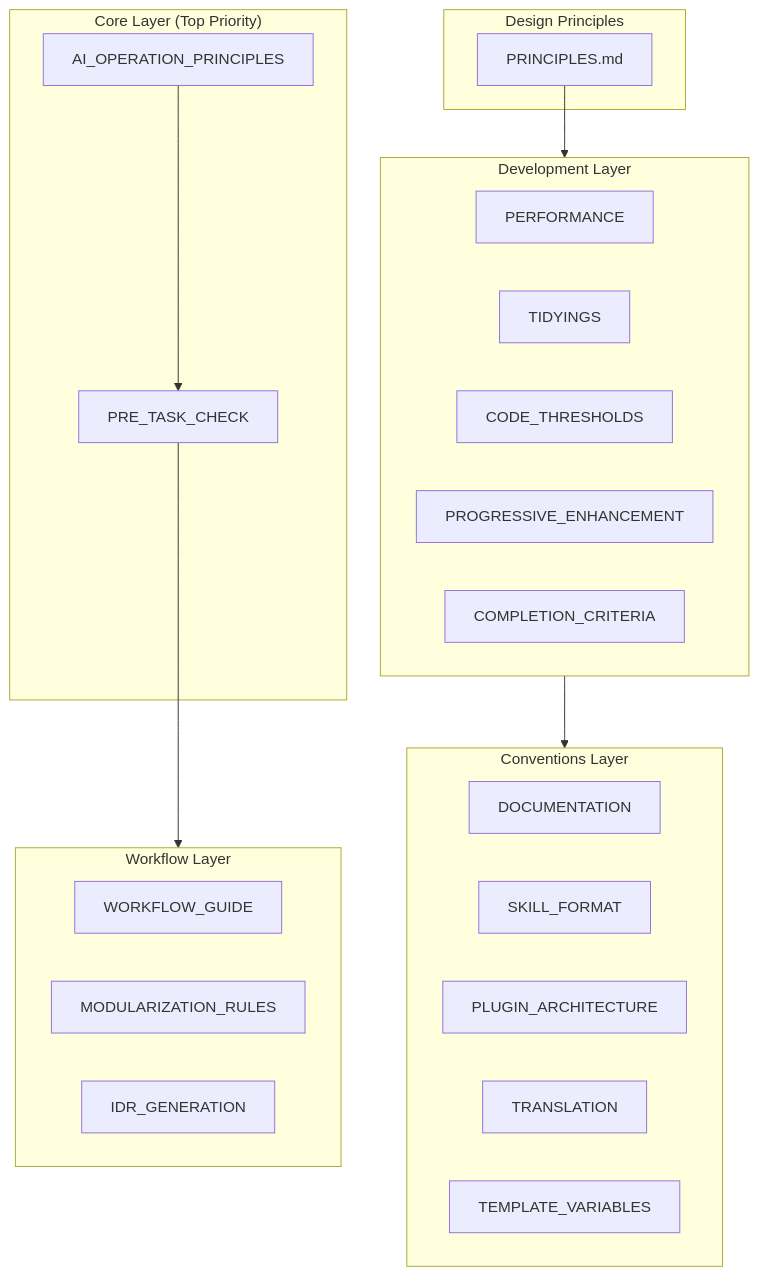
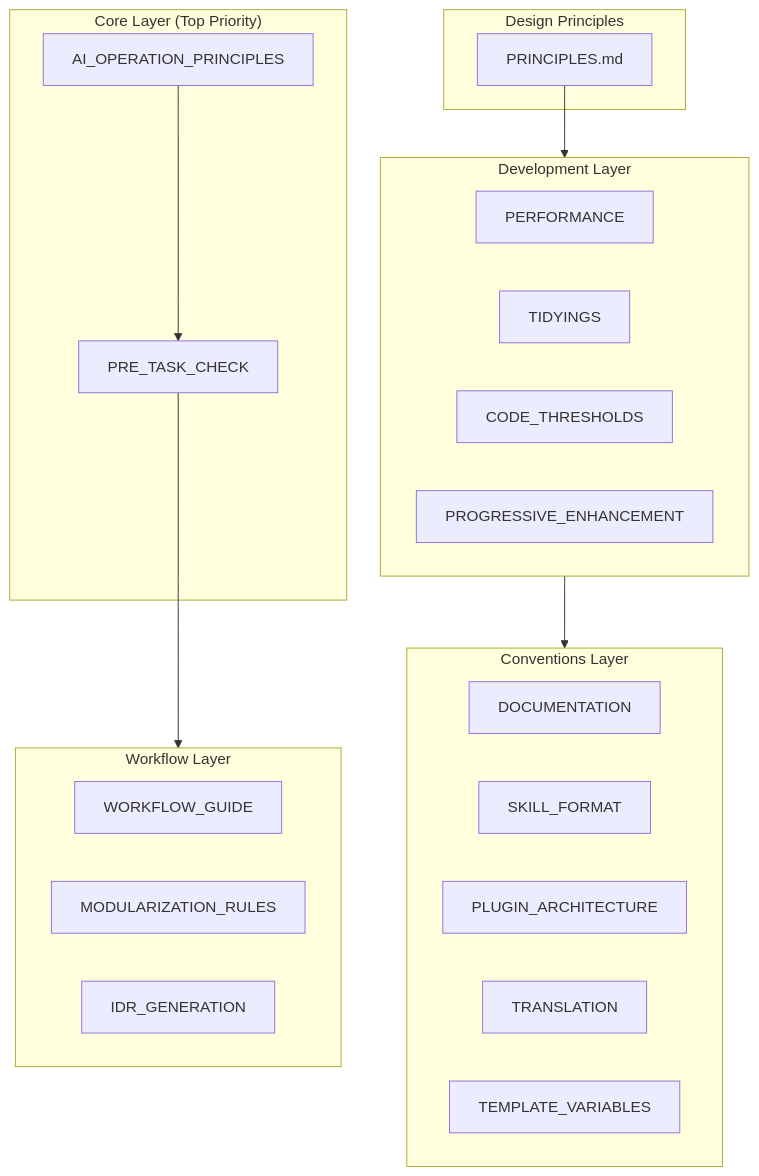
Before and after one commit to thkt/dotclaude: the first of 2 diagrams in docs/DESIGN.md, drawn with Mermaid. The commit also changed other lines of this file and 8 other files, not shown here.

First line of the commit message:
refactor(rules): merge COMPLETION_CRITERIA into CODE_THRESHOLDS and add prompting tips

````diff
--- a/docs/DESIGN.md
+++ b/docs/DESIGN.md
@@ -9,38 +9,37 @@
 ```mermaid
 graph TD
     subgraph Core["Core Layer (Top Priority)"]
         AOP[AI_OPERATION_PRINCIPLES]
         PTC[PRE_TASK_CHECK]
     end
 
     subgraph Principles["Design Principles"]
         P[PRINCIPLES.md]
     end
 
     subgraph Development["Development Layer"]
         PERF[PERFORMANCE]
         TIDY[TIDYINGS]
         CODE[CODE_THRESHOLDS]
         PROG[PROGRESSIVE_ENHANCEMENT]
-        COMP[COMPLETION_CRITERIA]
     end
 
     subgraph Conventions["Conventions Layer"]
         DOC[DOCUMENTATION]
         SKILL[SKILL_FORMAT]
         PLUG[PLUGIN_ARCHITECTURE]
         TRANS[TRANSLATION]
         TEMP[TEMPLATE_VARIABLES]
     end
 
     subgraph Workflows["Workflow Layer"]
         WG[WORKFLOW_GUIDE]
         MOD[MODULARIZATION_RULES]
         IDR[IDR_GENERATION]
     end
 
     AOP --> PTC
     P --> Development
     PTC --> Workflows
     Development --> Conventions
 ```
````
